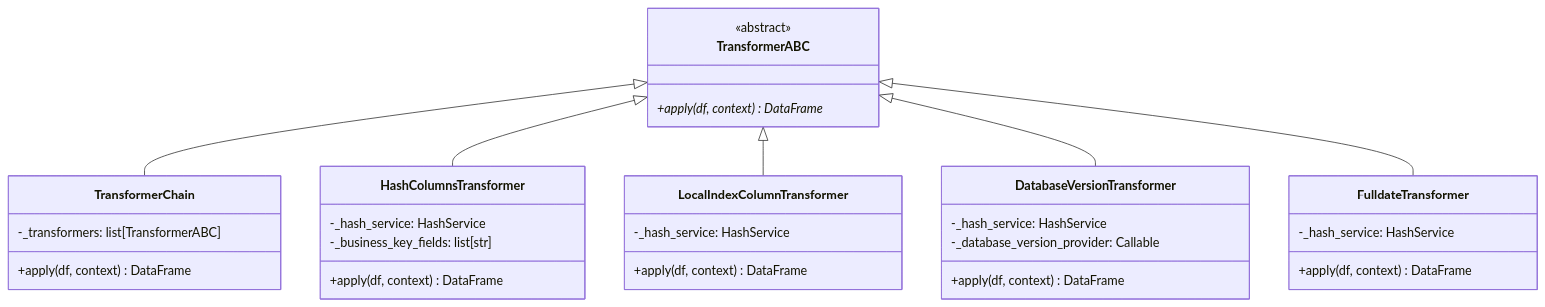
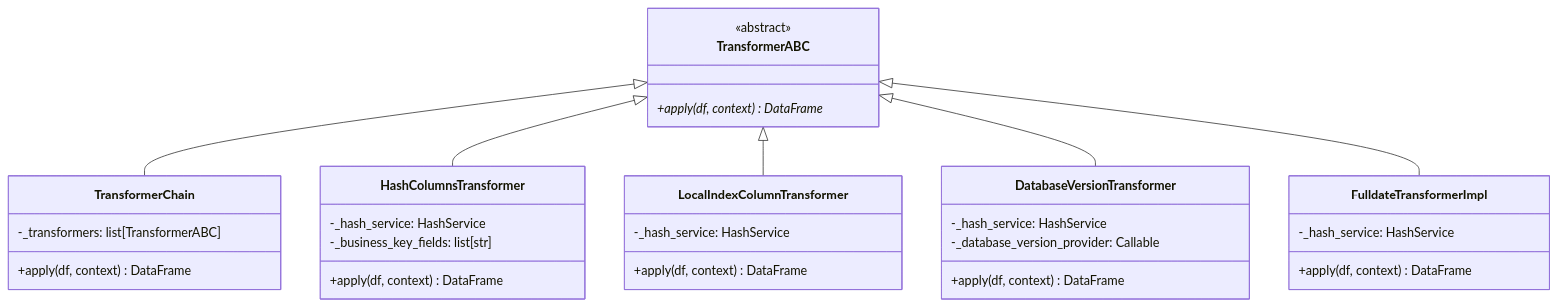
The second of 10 diagrams in docs/architecture/14-class-diagrams-domain.md (SatoryKono/BioactivityDataAcquisition), drawn with Mermaid before and after one commit. The commit also changed 10 other files, not shown here.

Commit message:
Use run context timestamp for fulldate transformer

````diff
--- a/docs/architecture/14-class-diagrams-domain.md
+++ b/docs/architecture/14-class-diagrams-domain.md
@@ -57,43 +57,43 @@
 ```mermaid
 ---
 id: dd6eff40-65cb-44d4-9032-b41719890c6a
 ---
 classDiagram
     class TransformerABC {
         <<abstract>>
         +apply(df, context)* DataFrame
     }
 
     class TransformerChain {
         -_transformers: list[TransformerABC]
         +apply(df, context) DataFrame
     }
 
     class HashColumnsTransformer {
         -_hash_service: HashService
         -_business_key_fields: list[str]
         +apply(df, context) DataFrame
     }
 
     class LocalIndexColumnTransformer {
         -_hash_service: HashService
         +apply(df, context) DataFrame
     }
 
     class DatabaseVersionTransformer {
         -_hash_service: HashService
         -_database_version_provider: Callable
         +apply(df, context) DataFrame
     }
 
-    class FulldateTransformer {
+    class FulldateTransformerImpl {
         -_hash_service: HashService
         +apply(df, context) DataFrame
     }
 
     TransformerABC <|-- TransformerChain
     TransformerABC <|-- HashColumnsTransformer
     TransformerABC <|-- LocalIndexColumnTransformer
     TransformerABC <|-- DatabaseVersionTransformer
-    TransformerABC <|-- FulldateTransformer
+    TransformerABC <|-- FulldateTransformerImpl
 ```
````
